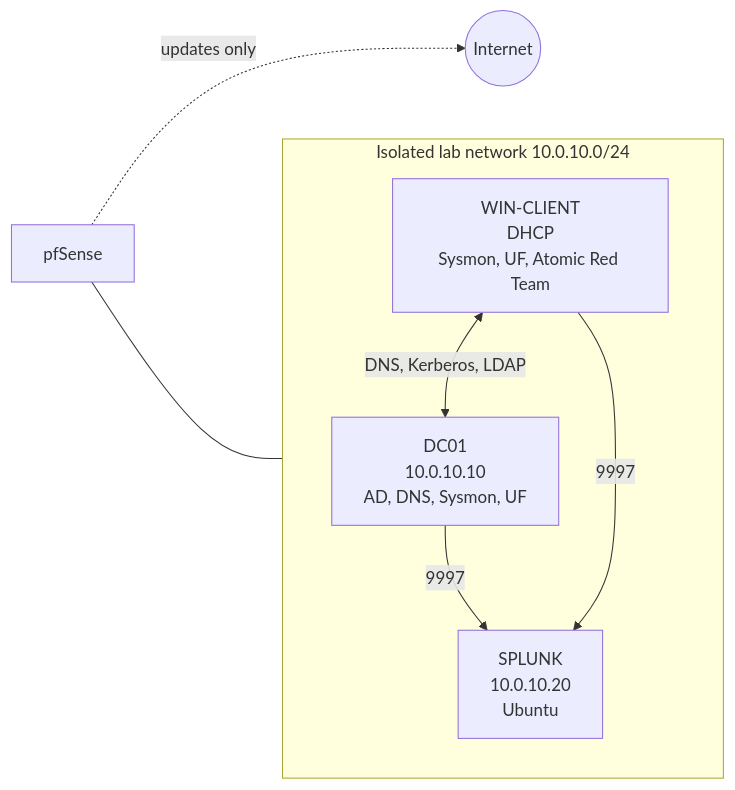
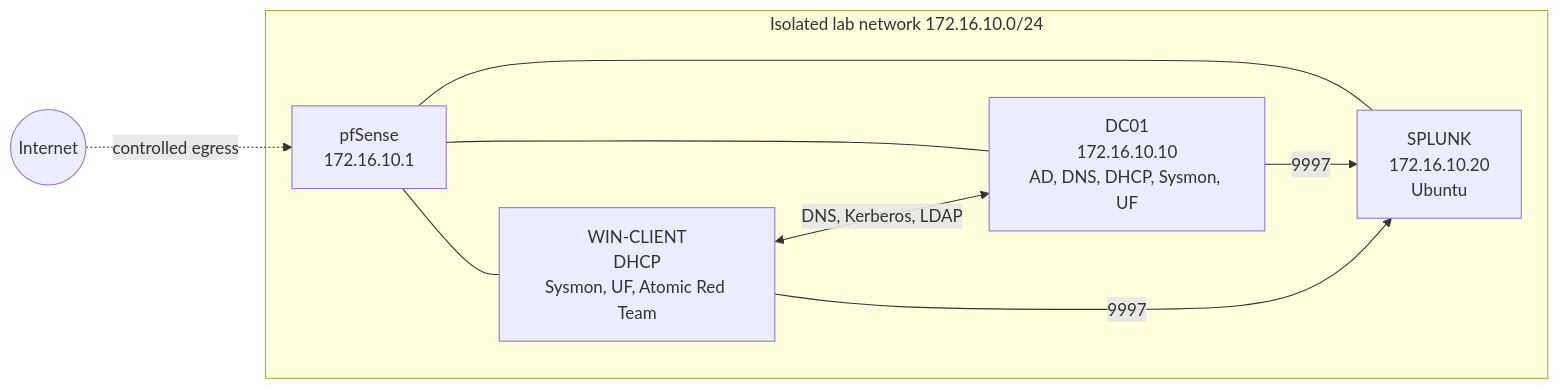
The diagram in docs/network-diagram.md (WetSoupInc/detection-engineering-lab), drawn with Mermaid before and after one commit. The commit also changed other lines of this file, not shown here.

First line of the commit message:
Revise network diagram and lab overview details

````diff
--- a/docs/network-diagram.md
+++ b/docs/network-diagram.md
@@ -3,13 +3,16 @@
 ```mermaid
 flowchart LR
-  subgraph Lab["Isolated lab network 10.0.10.0/24"]
-    DC["DC01<br/>10.0.10.10<br/>AD, DNS, Sysmon, UF"]
+  NET((Internet)) -.->|controlled egress| GW
+  subgraph Lab["Isolated lab network 172.16.10.0/24"]
+    GW["pfSense<br/>172.16.10.1"]
+    DC["DC01<br/>172.16.10.10<br/>AD, DNS, DHCP, Sysmon, UF"]
     CL["WIN-CLIENT<br/>DHCP<br/>Sysmon, UF, Atomic Red Team"]
-    SP["SPLUNK<br/>10.0.10.20<br/>Ubuntu"]
+    SP["SPLUNK<br/>172.16.10.20<br/>Ubuntu"]
+    GW --- DC
+    GW --- CL
+    GW --- SP
     CL <-->|DNS, Kerberos, LDAP| DC
     DC -->|9997| SP
     CL -->|9997| SP
   end
-  GW["pfSense"] -.->|updates only| NET((Internet))
-  GW --- Lab
 ```
````
